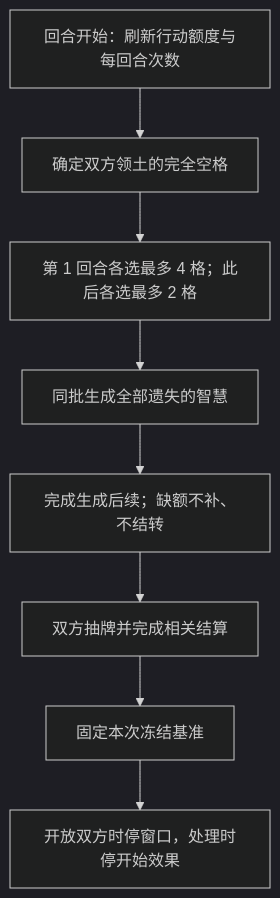
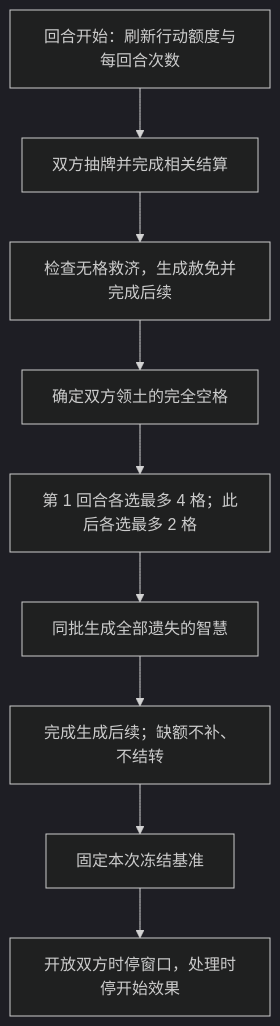
One commit to Time-Block-Hero/tbh-website changed the diagram in docs/rules/standard/automatic.md. Above: the diagram before and after it, drawn with Mermaid (dark theme). The commit also changed other lines of this file and 10 other files, not shown here.

````diff
--- a/docs/rules/standard/automatic.md
+++ b/docs/rules/standard/automatic.md
@@ -46,10 +46,11 @@
 ```mermaid
 flowchart TD
-  refresh["回合开始：刷新行动额度与每回合次数"] --> cells["确定双方领土的完全空格"]
+  refresh["回合开始：刷新行动额度与每回合次数"] --> draw["双方抽牌并完成相关结算"]
+  draw --> relief["检查无格救济，生成赦免并完成后续"]
+  relief --> cells["确定双方领土的完全空格"]
   cells --> select["第 1 回合各选最多 4 格；此后各选最多 2 格"]
   select --> spawn["同批生成全部遗失的智慧"]
   spawn --> follow["完成生成后续；缺额不补、不结转"]
-  follow --> draw["双方抽牌并完成相关结算"]
-  draw --> freeze["固定本次冻结基准"]
+  follow --> freeze["固定本次冻结基准"]
   freeze --> stop["开放双方时停窗口，处理时停开始效果"]
 ```
````
